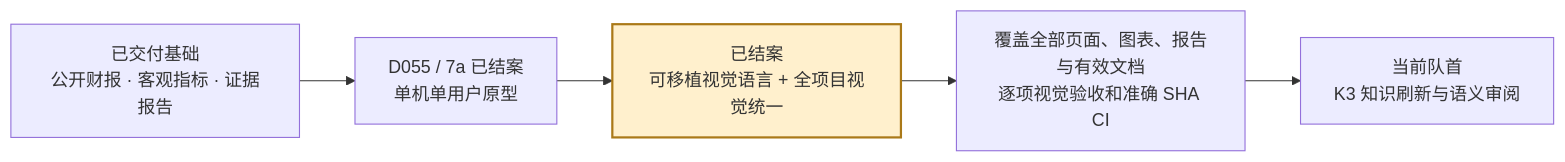
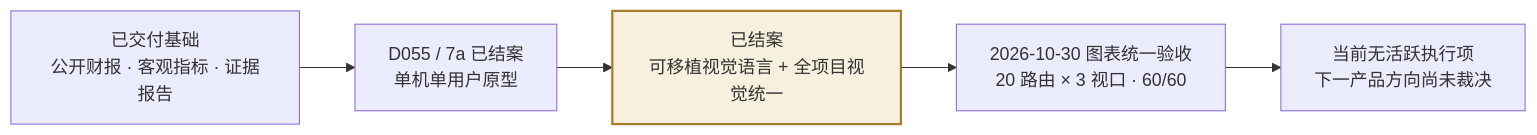
Before and after one commit to davyzhong/FLOW: the tenth of 10 diagrams in README.md, drawn with Mermaid. The commit also changed other lines of this file and 3 other files, not shown here.

Commit message:
docs(visual): 更新 README 当前图表截图与状态

````diff
--- a/README.md
+++ b/README.md
@@ -841,8 +861,8 @@
 ```mermaid
 flowchart LR
     A["已交付基础<br/>公开财报 · 客观指标 · 证据报告"] --> B["D055 / 7a 已结案<br/>单机单用户原型"]
     B --> C["已结案<br/>可移植视觉语言 + 全项目视觉统一"]
-    C --> D["覆盖全部页面、图表、报告与有效文档<br/>逐项视觉验收和准确 SHA CI"]
-    D --> E["当前队首<br/>K3 知识刷新与语义审阅"]
-    style C fill:#fff0cd,stroke:#aa7918,stroke-width:2px
+    C --> D["2026-10-30 图表统一验收<br/>20 路由 × 3 视口 · 60/60"]
+    D --> E["当前无活跃执行项<br/>下一产品方向尚未裁决"]
+    style C fill:#F7F0DE,stroke:#A77D2E,stroke-width:2px
 ```
````
